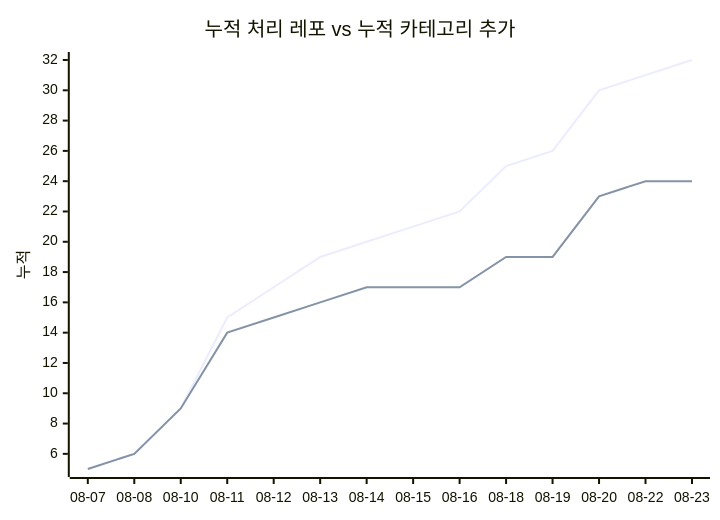
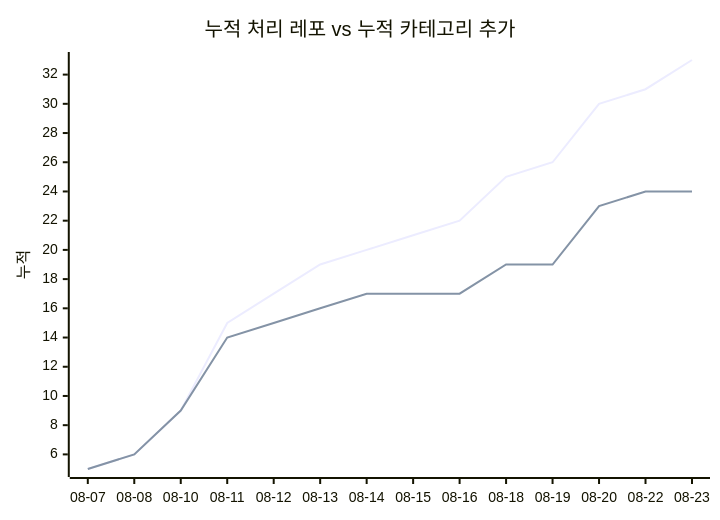
Before and after one commit to J-nowcow/awesome-korean-agent-skills: the second of 2 diagrams in docs/trends.md, drawn with Mermaid. The commit also changed other lines of this file and 2 other files, not shown here.

````diff
--- a/docs/trends.md
+++ b/docs/trends.md
@@ -68,8 +68,8 @@
 ```mermaid
 xychart-beta
     title "누적 처리 레포 vs 누적 카테고리 추가"
     x-axis ["08-07","08-08","08-10","08-11","08-12","08-13","08-14","08-15","08-16","08-18","08-19","08-20","08-22","08-23"]
     y-axis "누적"
-    line [5,6,9,15,17,19,20,21,22,25,26,30,31,32]
+    line [5,6,9,15,17,19,20,21,22,25,26,30,31,33]
     line [5,6,9,14,15,16,17,17,17,19,19,23,24,24]
 ```
````
